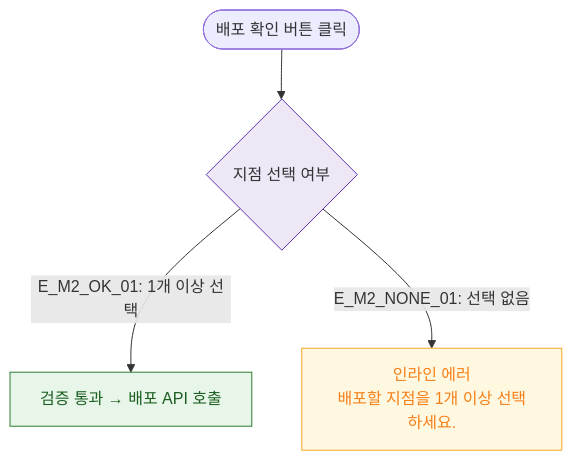
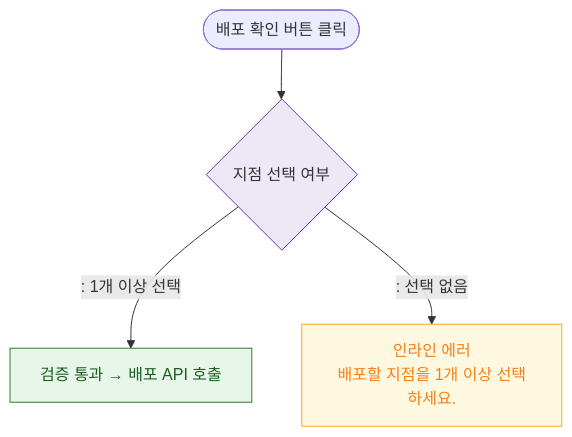
Before and after one commit to dev-spogym/admin-pando: the diagram in docs/다이어그램/D05_상품관리/DLG/DLG-P001_전지점배포/M2_필드검증.md, drawn with Mermaid. The commit also changed other lines of this file and 1660 other files, not shown here.

First line of the commit message:
다이어그램: 기획자/클라이언트 납품본으로 정리

````diff
--- a/docs/다이어그램/D05_상품관리/DLG/DLG-P001_전지점배포/M2_필드검증.md
+++ b/docs/다이어그램/D05_상품관리/DLG/DLG-P001_전지점배포/M2_필드검증.md
@@ -16,13 +14,13 @@
 ```mermaid
 flowchart TD
     SUBMIT([배포 확인 버튼 클릭]) --> CheckBranch{지점 선택 여부}
-    CheckBranch -->|"E_M2_OK_01: 1개 이상 선택"| Pass[검증 통과 → 배포 API 호출]
-    CheckBranch -->|"E_M2_NONE_01: 선택 없음"| ErrNone[인라인 에러\n배포할 지점을 1개 이상 선택하세요.]
+    CheckBranch -->|": 1개 이상 선택"|Pass[검증 통과 → 배포 API 호출]
+    CheckBranch -->|": 선택 없음"|ErrNone[인라인 에러\n배포할 지점을 1개 이상 선택하세요.]
 
     classDef success fill:#E8F5E9,stroke:#2E7D32,color:#1B5E20
     classDef warning fill:#FFF8E1,stroke:#F9A825,color:#F57F17
     classDef system fill:#EDE7F6,stroke:#5E35B2
     class Pass success
     class ErrNone warning
     class CheckBranch system
 ```
````
